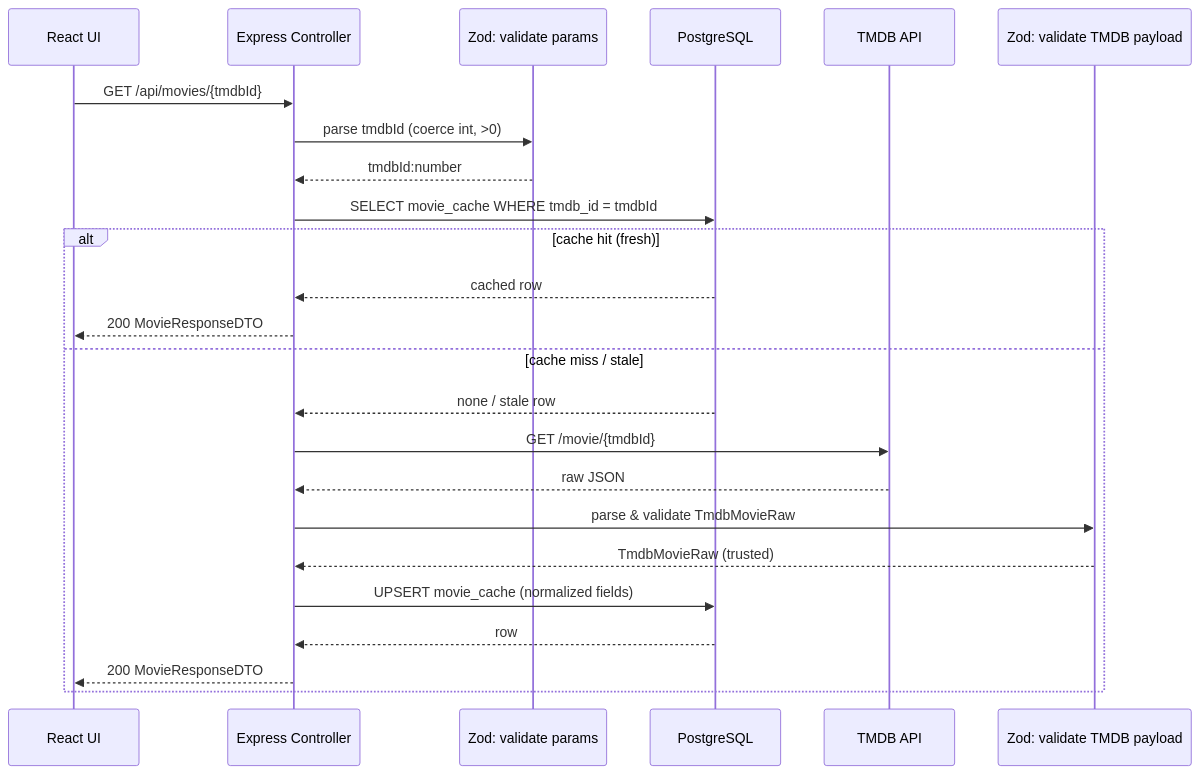
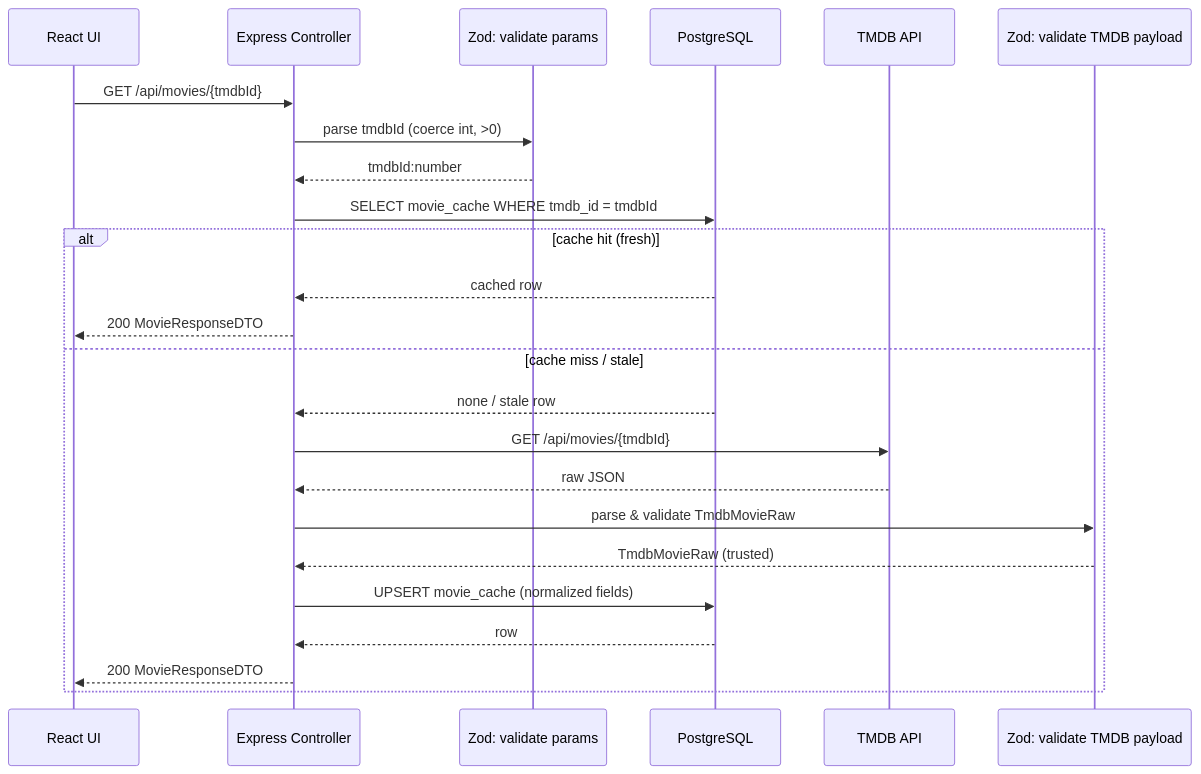
One commit to Zamperi/MovieApp changed the diagram in docs/flows/movie-fetch.md. Above: the diagram before and after it, drawn with Mermaid. The commit also changed 20 other files, not shown here.

````diff
--- a/docs/flows/movie-fetch.md
+++ b/docs/flows/movie-fetch.md
@@ -3,28 +3,28 @@
 ```mermaid
 sequenceDiagram
   participant UI as React UI
   participant API as Express Controller
   participant V1 as Zod: validate params
   participant DB as PostgreSQL
   participant TMDB as TMDB API
   participant V2 as Zod: validate TMDB payload
 
   UI->>API: GET /api/movies/{tmdbId}
   API->>V1: parse tmdbId (coerce int, >0)
   V1-->>API: tmdbId:number
 
   API->>DB: SELECT movie_cache WHERE tmdb_id = tmdbId
   alt cache hit (fresh)
     DB-->>API: cached row
     API-->>UI: 200 MovieResponseDTO
   else cache miss / stale
     DB-->>API: none / stale row
-    API->>TMDB: GET /movie/{tmdbId}
+    API->>TMDB: GET /api/movies/{tmdbId}
     TMDB-->>API: raw JSON
     API->>V2: parse & validate TmdbMovieRaw
     V2-->>API: TmdbMovieRaw (trusted)
     API->>DB: UPSERT movie_cache (normalized fields)
     DB-->>API: row
     API-->>UI: 200 MovieResponseDTO
   end
 ```
````
